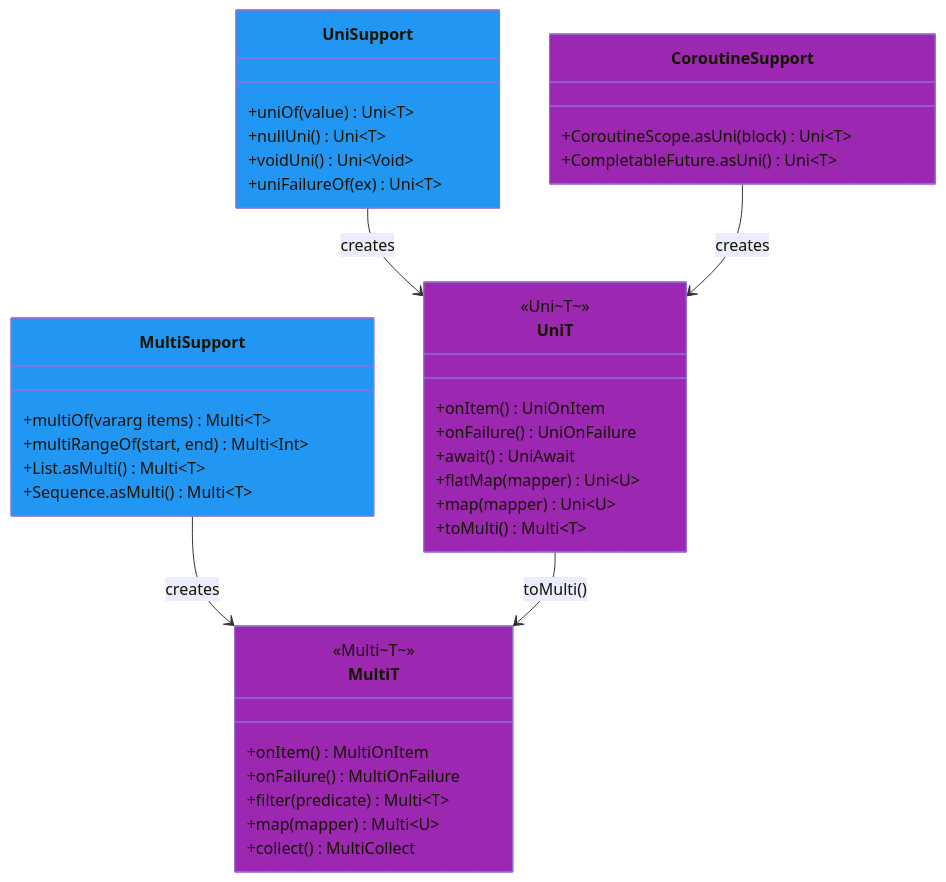
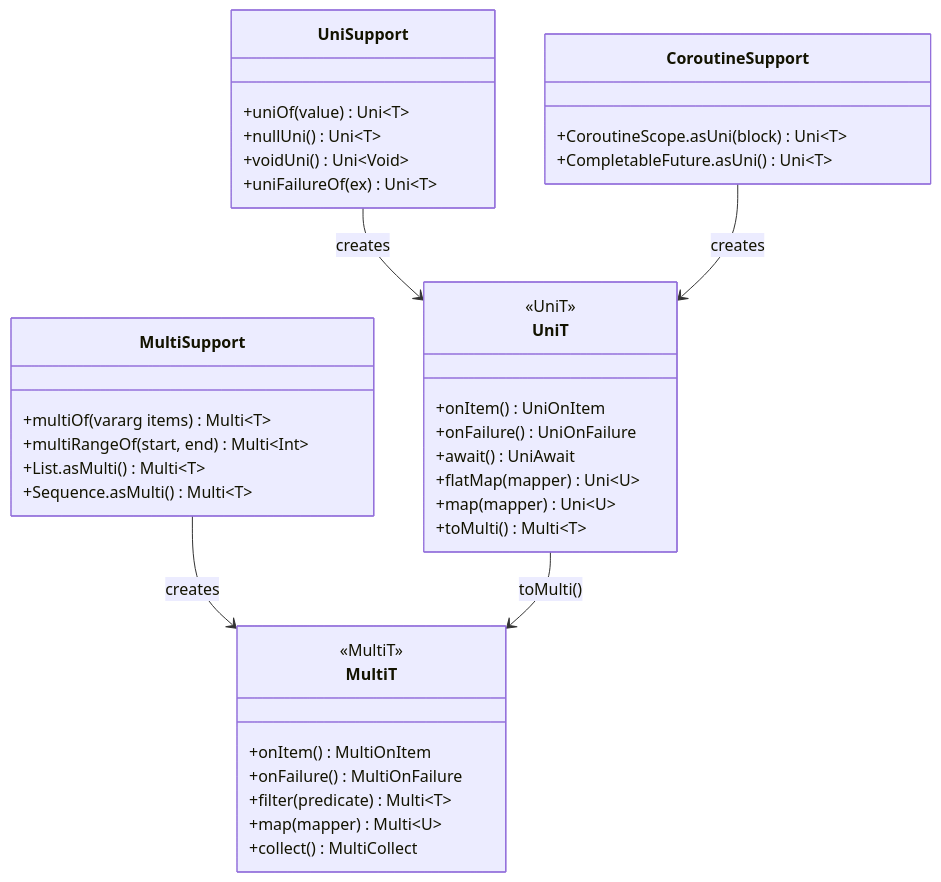
The first of 3 diagrams in utils/mutiny/README.md (bluetape4k/bluetape4k-projects), drawn with Mermaid before and after one commit. The commit also changed other lines of this file and 95 other files, not shown here.

First line of the commit message:
docs: Mermaid 파서 오류 전체 수정 (IntelliJ IDEA 호환)

````diff
--- a/utils/mutiny/README.md
+++ b/utils/mutiny/README.md
@@ -229,44 +229,42 @@
 ```mermaid
 classDiagram
-    class UniT:::asyncStyle {
-        <<Uni~T~>>
+    class UniT {
+        <<UniT>>
         +onItem() UniOnItem
         +onFailure() UniOnFailure
         +await() UniAwait
         +flatMap(mapper) Uni~U~
         +map(mapper) Uni~U~
         +toMulti() Multi~T~
     }
-    class MultiT:::asyncStyle {
-        <<Multi~T~>>
+    class MultiT {
+        <<MultiT>>
         +onItem() MultiOnItem
         +onFailure() MultiOnFailure
         +filter(predicate) Multi~T~
         +map(mapper) Multi~U~
         +collect() MultiCollect
     }
-    class UniSupport:::utilStyle {
+    class UniSupport {
         +uniOf(value) Uni~T~
         +nullUni() Uni~T~
         +voidUni() Uni~Void~
         +uniFailureOf(ex) Uni~T~
     }
-    class MultiSupport:::utilStyle {
+    class MultiSupport {
         +multiOf(vararg items) Multi~T~
         +multiRangeOf(start, end) Multi~Int~
         +List.asMulti() Multi~T~
         +Sequence.asMulti() Multi~T~
     }
-    class CoroutineSupport:::asyncStyle {
+    class CoroutineSupport {
         +CoroutineScope.asUni(block) Uni~T~
         +CompletableFuture.asUni() Uni~T~
     }
 
     UniSupport --> UniT : creates
     MultiSupport --> MultiT : creates
     CoroutineSupport --> UniT : creates
     UniT --> MultiT : toMulti()
 
-    classDef asyncStyle   fill:#9C27B0
-    classDef utilStyle    fill:#2196F3
 ```
````
